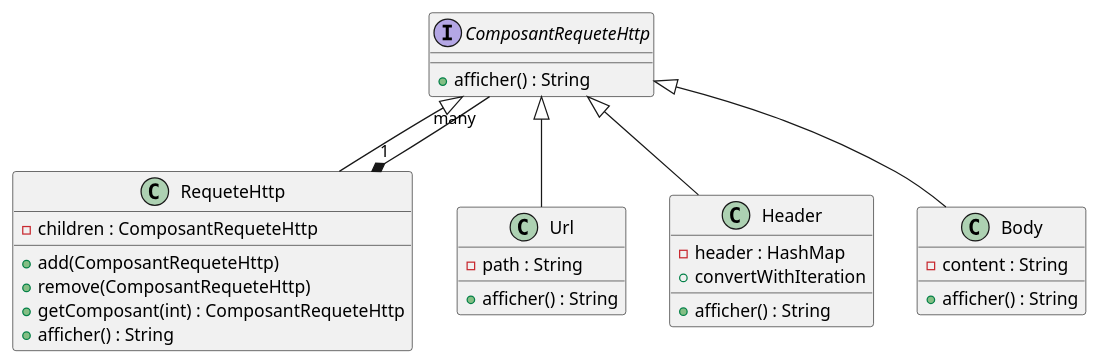
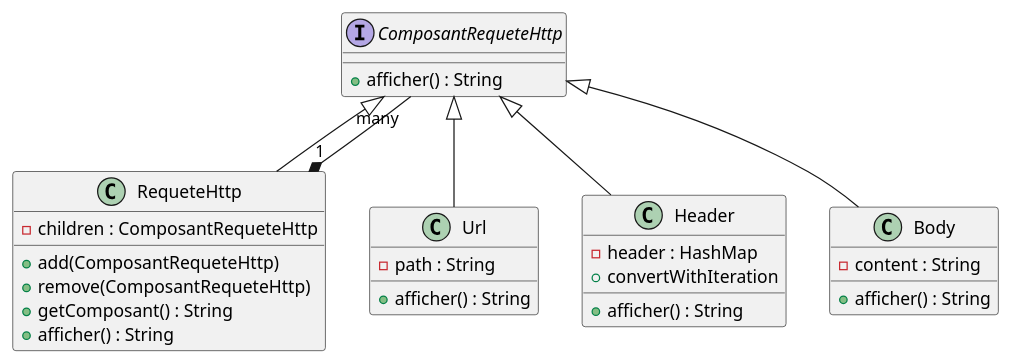
Before and after one commit to portduport/design-pattern-ds-2: the diagram in src/uml/composite.puml, drawn with PlantUML. The commit also changed 4 other files, not shown here.

Commit message:
Method getComposant refacto

```diff
--- a/src/uml/composite.puml
+++ b/src/uml/composite.puml
@@ -1,31 +1,31 @@
 @startuml Composite
 interface ComposantRequeteHttp {
      + afficher() : String   
 }
 class RequeteHttp{
     - children : ComposantRequeteHttp
     + add(ComposantRequeteHttp)
     + remove(ComposantRequeteHttp)
-    + getComposant(int) : ComposantRequeteHttp
+    + getComposant() : String
     + afficher() : String
 }
 class Url{
     - path : String
     + afficher() : String
 }
 class Header{
     - header : HashMap
     + convertWithIteration
     + afficher() : String
 }
 class Body{
     - content : String
     + afficher() : String
 }
 
 RequeteHttp "1" *-- "many" ComposantRequeteHttp
 ComposantRequeteHttp <|-- RequeteHttp
 ComposantRequeteHttp <|-- Url
 ComposantRequeteHttp <|-- Header
 ComposantRequeteHttp <|-- Body
 @enduml
```
